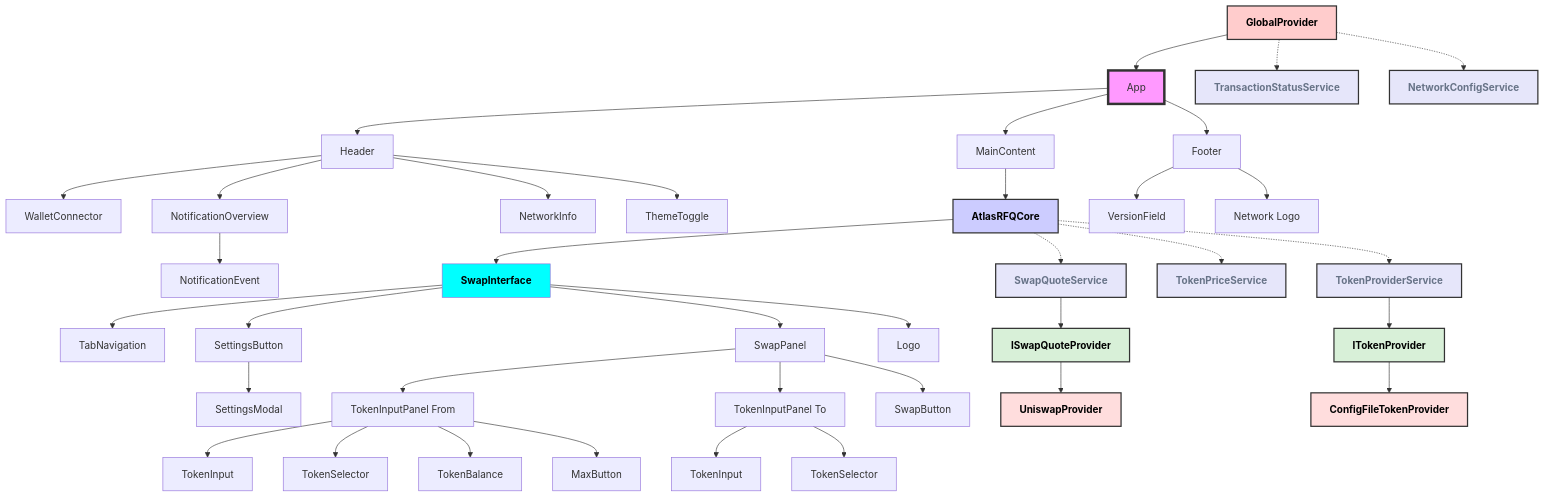
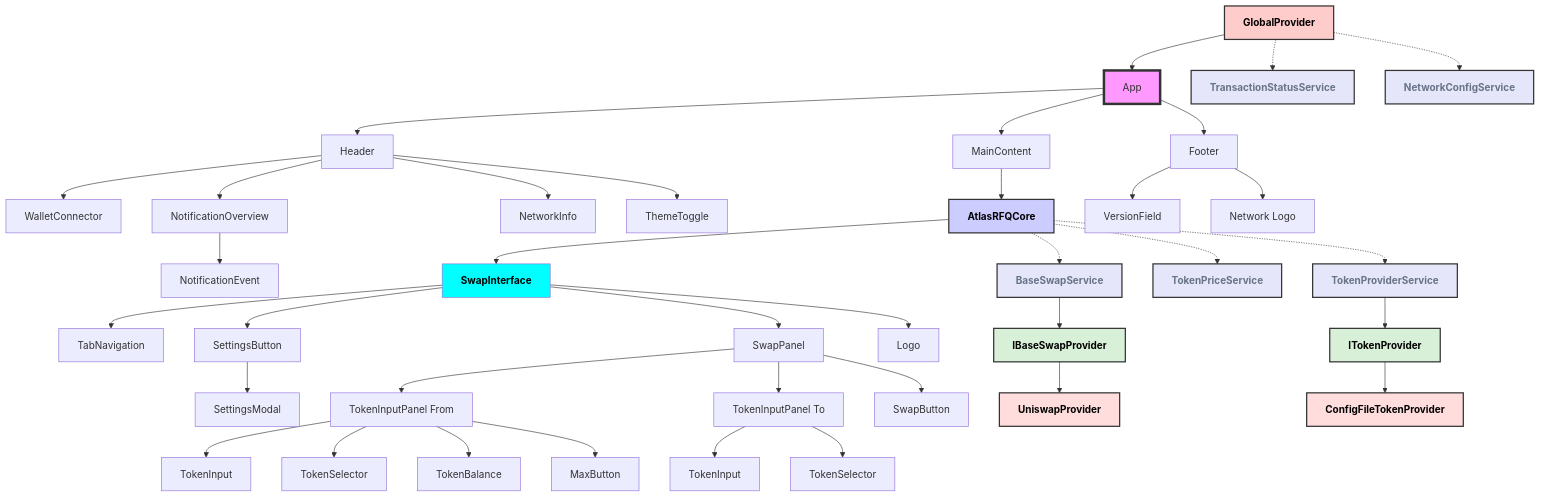
One commit to FastLane-Labs/shMonad-frontend changed the fifth of 5 diagrams in docs/overview.md. Above: the diagram before and after it, drawn with Mermaid. The commit also changed other lines of this file, not shown here.

Commit message:
docs: update component names SwaqQuote -> BaseSwap

````diff
--- a/docs/overview.md
+++ b/docs/overview.md
@@ -184,81 +184,81 @@
 ```mermaid
 graph TD
     GP[GlobalProvider] --> A[App]
     A --> B[Header]
     A --> C[MainContent]
     A --> D[Footer]
     GP -.-> U[TransactionStatusService]
     GP -.-> DD[NetworkConfigService]
 
     B --> E[WalletConnector]
     B --> F[NotificationOverview]
     B --> H[NetworkInfo]
     B --> I[ThemeToggle]
 
     F --> T[NotificationEvent]
 
     C --> G[AtlasRFQCore]
 
     G --> J[SwapInterface]
-    G -.-> V[SwapQuoteService]
+    G -.-> V[BaseSwapService]
     G -.-> W[TokenPriceService]
     G -.-> R[TokenProviderService]
 
     J --> L[TabNavigation]
     J --> M[SwapPanel]
     J --> N[SettingsButton]
     J --> O[Logo]
 
     N --> K[SettingsModal]
     M --> P[TokenInputPanel From]
     M --> Q[TokenInputPanel To]
     M --> S[SwapButton]
 
     P --> T1[TokenInput]
     P --> T2[TokenSelector]
     P --> T3[TokenBalance]
     P --> T4[MaxButton]
 
     Q --> U1[TokenInput]
     Q --> U2[TokenSelector]
 
-    V --> X[ISwapQuoteProvider]
+    V --> X[IBaseSwapProvider]
     X --> Y[UniswapProvider]
 
     R --> S1[ITokenProvider]
     S1 --> AA[ConfigFileTokenProvider]
 
     D --> BB[VersionField]
     D --> CC[Network Logo]
 
     style A fill:#f9f,stroke:#333,stroke-width:4px
     style GP fill:#ffcccc,stroke:#333,stroke-width:2px
     style G fill:#ccf,stroke:#333,stroke-width:2px
     style V fill:#e6e6fa,stroke:#333,stroke-width:2px
     style W fill:#e6e6fa,stroke:#333,stroke-width:2px
     style R fill:#e6e6fa,stroke:#333,stroke-width:2px
     style U fill:#e6e6fa,stroke:#333,stroke-width:2px
     style DD fill:#e6e6fa,stroke:#333,stroke-width:2px
     style X fill:#d8f0d8,stroke:#333,stroke-width:2px
     style S1 fill:#d8f0d8,stroke:#333,stroke-width:2px
     style Y fill:#fdd,stroke:#333,stroke-width:2px
     style AA fill:#fdd,stroke:#333,stroke-width:2px
 
     classDef swapInterfaceText fill:#0fff,color:#000000,font-weight:bold
     class J swapInterfaceText
 
     classDef atlasRFQCoreText fill:#0fff,color:#000000,font-weight:bold
     class G atlasRFQCoreText
 
     classDef interfacesText fill:#dadb95,color:#000000,font-weight:bold
     class S1,X interfacesText
 
     classDef providerText fill:#c28894,color:#000000,font-weight:bold
     class Y,Z,AA providerText
 
     classDef serviceText fill:#eef075,color:#677387,font-weight:bold
     class V,W,R,U,DD serviceText
 
     classDef globalProviderText fill:#ffcccc,color:#000000,font-weight:bold
     class GP globalProviderText
 ```
````
